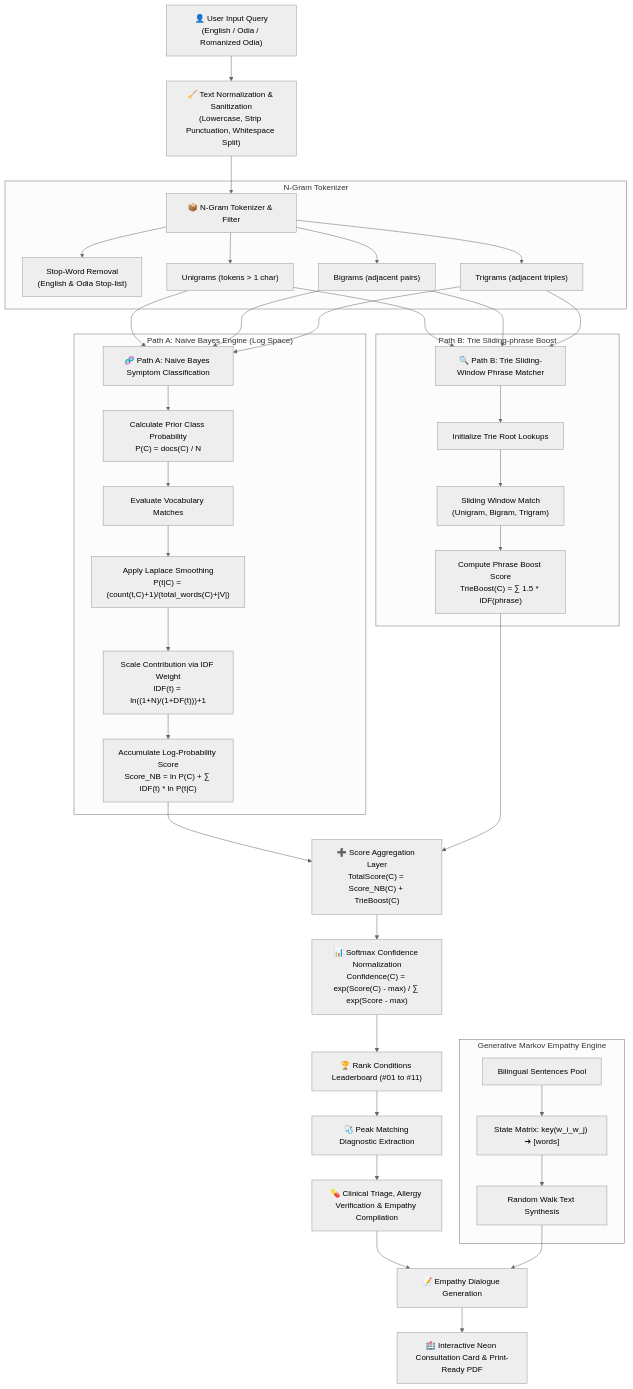
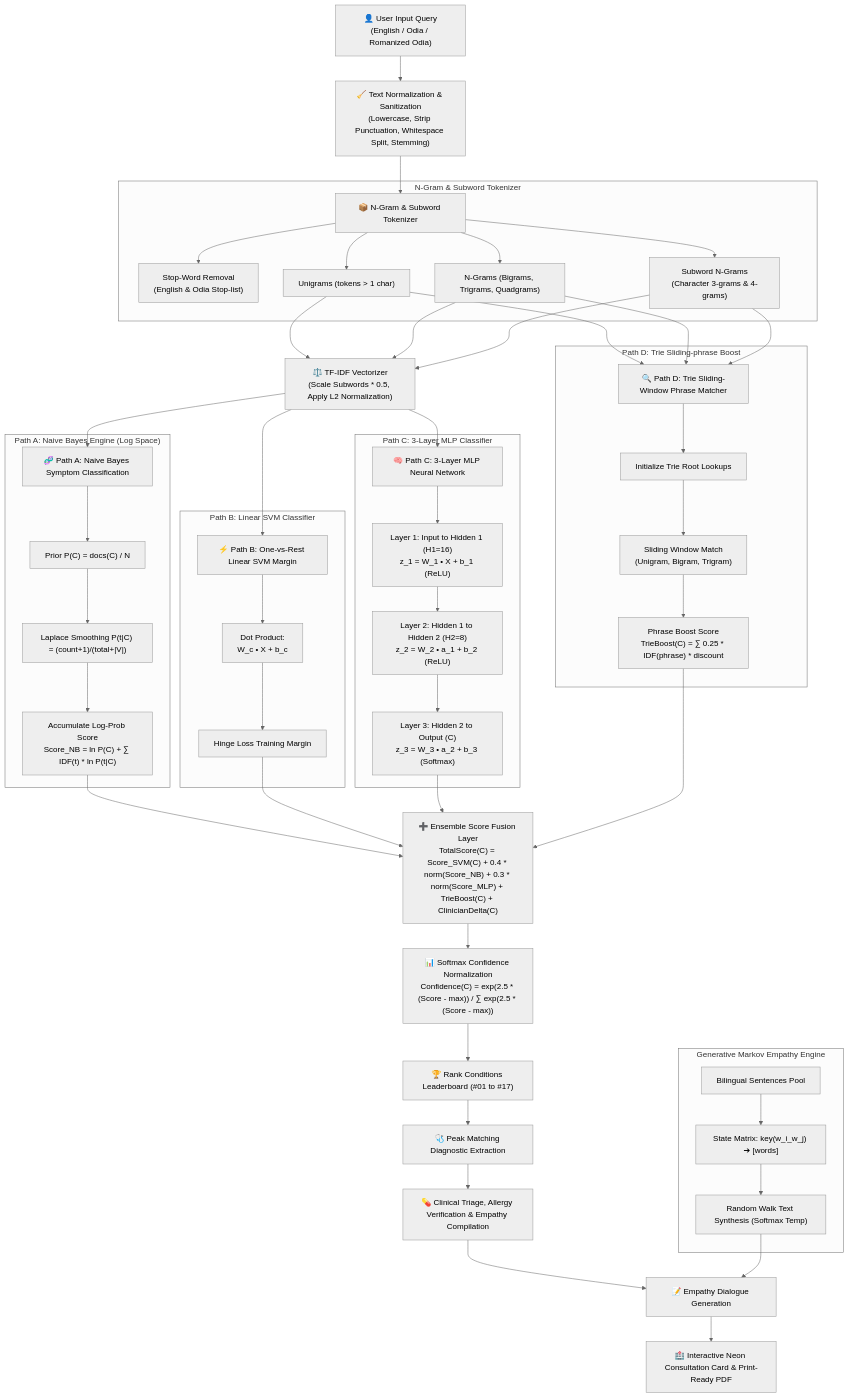
Before and after one commit to ramanuja-01/Raman-AI: the second of 4 diagrams in README.md, drawn with Mermaid (neutral theme). The commit also changed other lines of this file, not shown here.

Commit message:
docs: document 3-layer MLP and subword n-gram changes in README.md with flowcharts, UML and math formulas

````diff
--- a/README.md
+++ b/README.md
@@ -166,62 +184,80 @@
 ```mermaid
 flowchart TD
-    A["👤 User Input Query<br/>(English / Odia / Romanized Odia)"] --> B["🧹 Text Normalization & Sanitization<br/>(Lowercase, Strip Punctuation, Whitespace Split)"]
+    A["👤 User Input Query<br/>(English / Odia / Romanized Odia)"] --> B["🧹 Text Normalization & Sanitization<br/>(Lowercase, Strip Punctuation, Whitespace Split, Stemming)"]
     
     %% Tokenization
-    B --> C["📦 N-Gram Tokenizer & Filter"]
-    subgraph Tokenizer ["N-Gram Tokenizer"]
+    B --> C["📦 N-Gram & Subword Tokenizer"]
+    subgraph Tokenizer ["N-Gram & Subword Tokenizer"]
         C1["Stop-Word Removal<br/>(English & Odia Stop-list)"]
         C2["Unigrams (tokens > 1 char)"]
-        C3["Bigrams (adjacent pairs)"]
-        C4["Trigrams (adjacent triples)"]
+        C3["N-Grams (Bigrams, Trigrams, Quadgrams)"]
+        C4["Subword N-Grams<br/>(Character 3-grams & 4-grams)"]
         C --> C1 & C2 & C3 & C4
     end
 
+    %% Vectorization
+    C2 & C3 & C4 --> VEC["⚖️ TF-IDF Vectorizer<br/>(Scale Subwords * 0.5, Apply L2 Normalization)"]
+
     %% Inference Paths
-    C2 & C3 & C4 --> D1["🧬 Path A: Naive Bayes Symptom Classification"]
-    C2 & C3 & C4 --> D2["🔍 Path B: Trie Sliding-Window Phrase Matcher"]
+    VEC --> D1["🧬 Path A: Naive Bayes Symptom Classification"]
+    VEC --> D2["⚡ Path B: One-vs-Rest Linear SVM Margin"]
+    VEC --> D3["🧠 Path C: 3-Layer MLP Neural Network"]
+    C2 & C3 & C4 --> D4["🔍 Path D: Trie Sliding-Window Phrase Matcher"]
 
     %% Naive Bayes Details
     subgraph NB ["Path A: Naive Bayes Engine (Log Space)"]
-        NB1["Calculate Prior Class Probability<br/>P(C) = docs(C) / N"]
-        NB2["Evaluate Vocabulary Matches"]
-        NB3["Apply Laplace Smoothing<br/>P(t|C) = (count(t,C)+1)/(total_words(C)+|V|)"]
-        NB4["Scale Contribution via IDF Weight<br/>IDF(t) = ln((1+N)/(1+DF(t)))+1"]
-        NB5["Accumulate Log-Probability Score<br/>Score_NB = ln P(C) + ∑ IDF(t) * ln P(t|C)"]
-        D1 --> NB1 --> NB2 --> NB3 --> NB4 --> NB5
+        NB1["Prior P(C) = docs(C) / N"]
+        NB2["Laplace Smoothing P(t|C) = (count+1)/(total+|V|)"]
+        NB3["Accumulate Log-Prob Score<br/>Score_NB = ln P(C) + ∑ IDF(t) * ln P(t|C)"]
+        D1 --> NB1 --> NB2 --> NB3
+    end
+
+    %% SVM Details
+    subgraph SVM ["Path B: Linear SVM Classifier"]
+        SVM1["Dot Product:<br/>W_c • X + b_c"]
+        SVM2["Hinge Loss Training Margin"]
+        D2 --> SVM1 --> SVM2
+    end
+
+    %% MLP Details
+    subgraph MLP ["Path C: 3-Layer MLP Classifier"]
+        MLP1["Layer 1: Input to Hidden 1 (H1=16)<br/>z_1 = W_1 • X + b_1 (ReLU)"]
+        MLP2["Layer 2: Hidden 1 to Hidden 2 (H2=8)<br/>z_2 = W_2 • a_1 + b_2 (ReLU)"]
+        MLP3["Layer 3: Hidden 2 to Output (C)<br/>z_3 = W_3 • a_2 + b_3 (Softmax)"]
+        D3 --> MLP1 --> MLP2 --> MLP3
     end
 
     %% Trie Matching Details
-    subgraph TriePath ["Path B: Trie Sliding-phrase Boost"]
+    subgraph TriePath ["Path D: Trie Sliding-phrase Boost"]
         TR1["Initialize Trie Root Lookups"]
         TR2["Sliding Window Match<br/>(Unigram, Bigram, Trigram)"]
-        TR3["Compute Phrase Boost Score<br/>TrieBoost(C) = ∑ 1.5 * IDF(phrase)"]
-        D2 --> TR1 --> TR2 --> TR3
+        TR3["Phrase Boost Score<br/>TrieBoost(C) = ∑ 0.25 * IDF(phrase) * discount"]
+        D4 --> TR1 --> TR2 --> TR3
     end
 
     %% Score Merging
-    NB5 & TR3 --> E["➕ Score Aggregation Layer<br/>TotalScore(C) = Score_NB(C) + TrieBoost(C)"]
+    NB3 & SVM2 & MLP3 & TR3 --> E["➕ Ensemble Score Fusion Layer<br/>TotalScore(C) = Score_SVM(C) + 0.4 * norm(Score_NB) + 0.3 * norm(Score_MLP) + TrieBoost(C) + ClinicianDelta(C)"]
     
     %% Classification output
-    E --> F["📊 Softmax Confidence Normalization<br/>Confidence(C) = exp(Score(C) - max) / ∑ exp(Score - max)"]
+    E --> F["📊 Softmax Confidence Normalization<br/>Confidence(C) = exp(2.5 * (Score - max)) / ∑ exp(2.5 * (Score - max))"]
     
     %% Outputs
-    F --> G["🏆 Rank Conditions Leaderboard (#01 to #11)"]
+    F --> G["🏆 Rank Conditions Leaderboard (#01 to #17)"]
     G --> H["🩺 Peak Matching Diagnostic Extraction"]
     
     %% Side panel / UI integration
     H --> I["💊 Clinical Triage, Allergy Verification & Empathy Compilation"]
     
     %% Markov synthesis
     subgraph Markov ["Generative Markov Empathy Engine"]
         M1["Bilingual Sentences Pool"]
         M2["State Matrix: key(w_i_w_j) ➔ [words]"]
-        M3["Random Walk Text Synthesis"]
+        M3["Random Walk Text Synthesis (Softmax Temp)"]
         M1 --> M2 --> M3
     end
     
     I --> J["📝 Empathy Dialogue Generation"]
     M3 --> J
     
     J --> K["🏥 Interactive Neon Consultation Card & Print-Ready PDF"]
 ```
````
